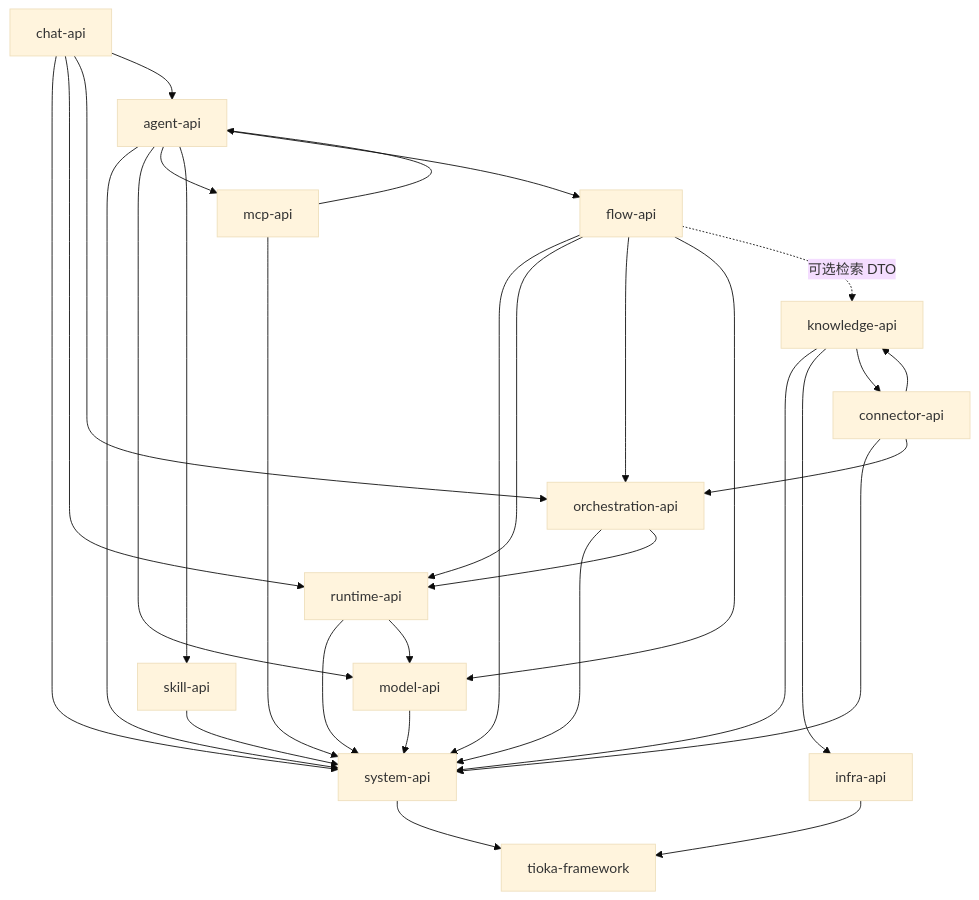
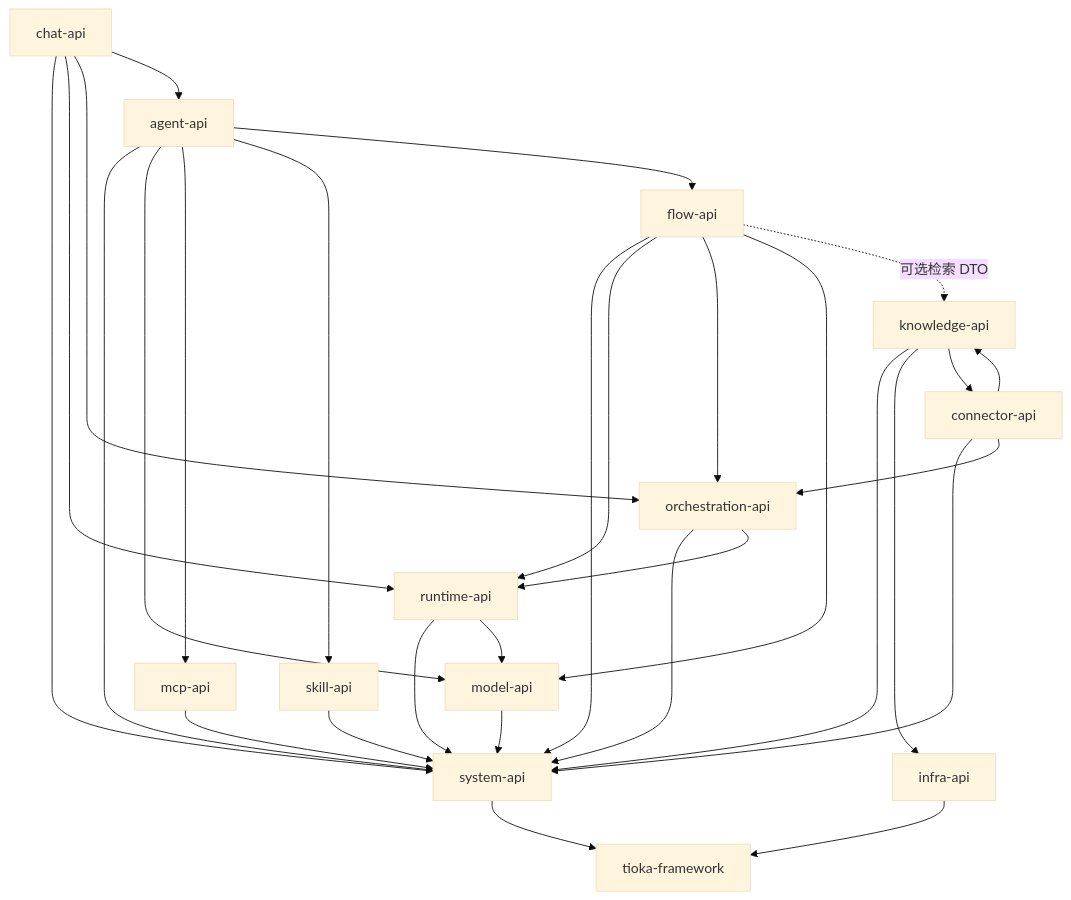
Before and after one commit to kwai92/Tioka: the diagram in docs/architecture/module-dependencies.md, drawn with Mermaid (base theme). The commit also changed other lines of this file and 1 other file, not shown here.

````diff
--- a/docs/architecture/module-dependencies.md
+++ b/docs/architecture/module-dependencies.md
@@ -28,47 +33,46 @@
 ```mermaid
 flowchart TB
   FW[tioka-framework]
   SYS[system-api]
   INF[infra-api]
   RT[runtime-api]
   OR[orchestration-api]
   CH[chat-api]
   KN[knowledge-api]
   FL[flow-api]
   CO[connector-api]
   MD[model-api]
   AG[agent-api]
   MCP[mcp-api]
   SK[skill-api]
 
   SYS --> FW
   INF --> FW
   MD --> SYS
   RT --> SYS
   RT --> MD
   AG --> SYS
   AG --> MD
   AG --> MCP
   AG --> SK
   AG --> FL
   MCP --> SYS
-  MCP --> AG
   SK --> SYS
   OR --> SYS
   OR --> RT
   CH --> SYS
   CH --> RT
   CH --> OR
   CH --> AG
   KN --> SYS
   KN --> INF
   KN --> CO
   FL --> SYS
   FL --> RT
   FL --> OR
   FL --> MD
   FL -.->|可选检索 DTO| KN
   CO --> SYS
   CO --> OR
   CO --> KN
 ```
````
